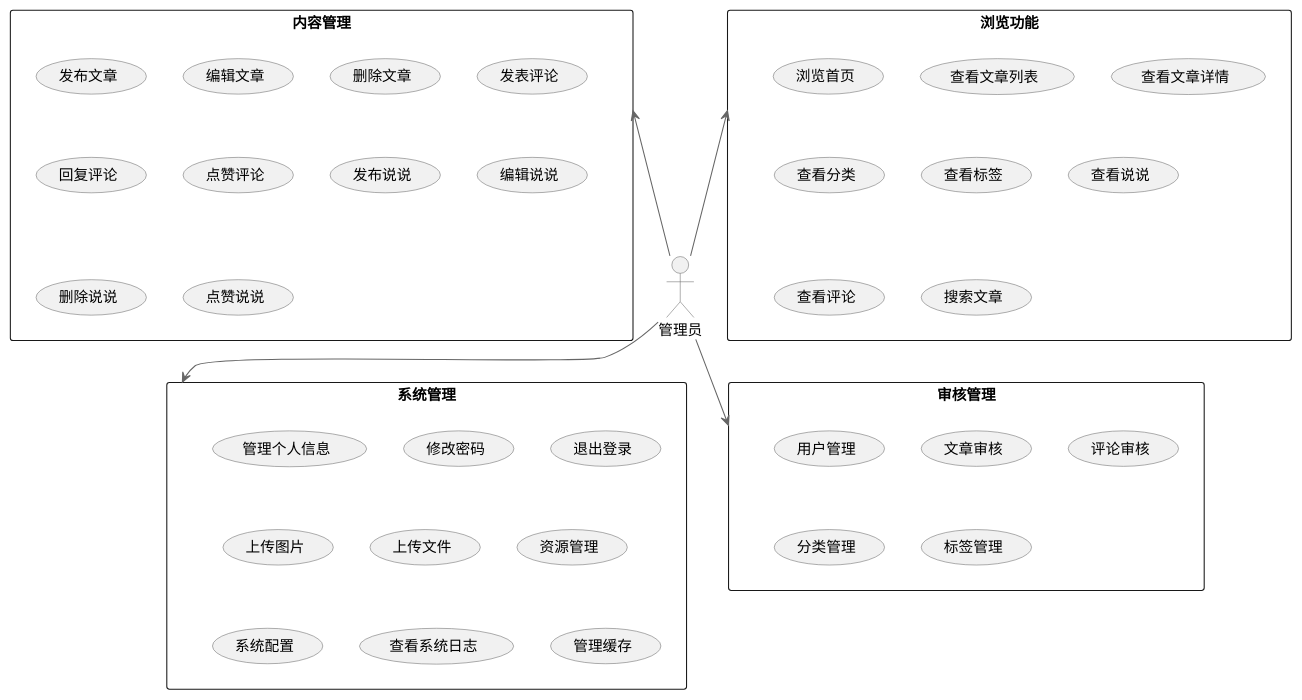
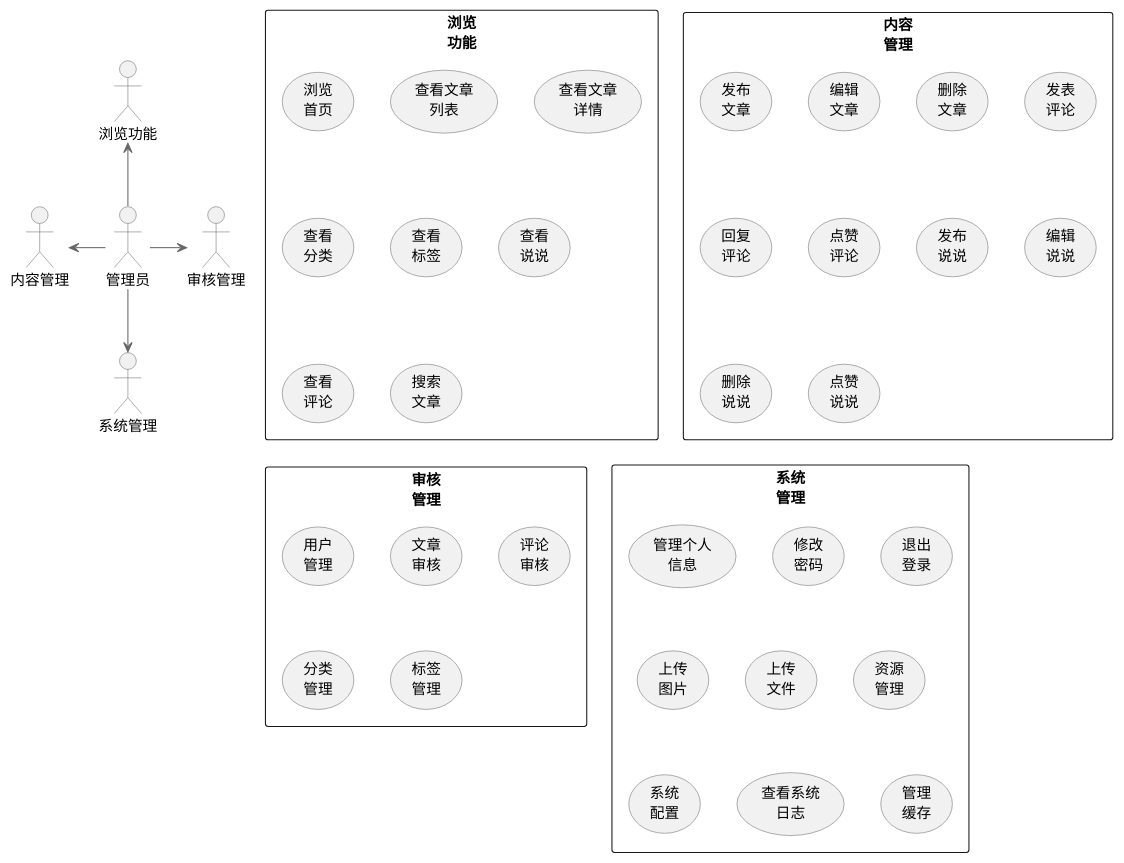
Before and after one commit to yello-rush/-springvue-: the third of 3 diagrams in 系统分析.md, drawn with PlantUML. The commit also changed other lines of this file and 1 other file, not shown here.

Commit message:
feat: 项目代码总结分析

````diff
--- a/系统分析.md
+++ b/系统分析.md
@@ -261,74 +261,74 @@
 ```plantuml
 @startuml
 
 ' 管理员功能用例图
 
 skinparam backgroundColor white
 skinparam handwritten false
 skinparam shadowing false
 skinparam packageStyle rectangle
 skinparam arrowColor #666666
 skinparam usecaseBorderColor #666666
 skinparam actorBorderColor #666666
 
 ' 角色居中
 actor "管理员" as Admin
 
 ' 功能模块围绕四周 - 使用包组织相关功能
 
 ' 上方：浏览功能
-package "浏览功能" {
-    usecase "浏览首页" as BrowseHome
-    usecase "查看文章列表" as ViewArticleList
-    usecase "查看文章详情" as ViewArticleDetail
-    usecase "查看分类" as ViewCategories
-    usecase "查看标签" as ViewTags
-    usecase "查看说说" as ViewMoments
-    usecase "查看评论" as ViewComments
-    usecase "搜索文章" as SearchArticles
+package "浏览\n功能" {
+    usecase "浏览\n首页" as BrowseHome
+    usecase "查看文章\n列表" as ViewArticleList
+    usecase "查看文章\n详情" as ViewArticleDetail
+    usecase "查看\n分类" as ViewCategories
+    usecase "查看\n标签" as ViewTags
+    usecase "查看\n说说" as ViewMoments
+    usecase "查看\n评论" as ViewComments
+    usecase "搜索\n文章" as SearchArticles
 }
 
 ' 左侧：内容管理
-package "内容管理" {
-    usecase "发布文章" as PublishArticle
-    usecase "编辑文章" as EditArticle
-    usecase "删除文章" as DeleteArticle
-    usecase "发表评论" as PostComment
-    usecase "回复评论" as ReplyComment
-    usecase "点赞评论" as LikeComment
-    usecase "发布说说" as PublishMoment
-    usecase "编辑说说" as EditMoment
-    usecase "删除说说" as DeleteMoment
-    usecase "点赞说说" as LikeMoment
+package "内容\n管理" {
+    usecase "发布\n文章" as PublishArticle
+    usecase "编辑\n文章" as EditArticle
+    usecase "删除\n文章" as DeleteArticle
+    usecase "发表\n评论" as PostComment
+    usecase "回复\n评论" as ReplyComment
+    usecase "点赞\n评论" as LikeComment
+    usecase "发布\n说说" as PublishMoment
+    usecase "编辑\n说说" as EditMoment
+    usecase "删除\n说说" as DeleteMoment
+    usecase "点赞\n说说" as LikeMoment
 }
 
 ' 右侧：审核管理
-package "审核管理" {
-    usecase "用户管理" as UserManagement
-    usecase "文章审核" as ArticleApproval
-    usecase "评论审核" as CommentApproval
-    usecase "分类管理" as CategoryManagement
-    usecase "标签管理" as TagManagement
+package "审核\n管理" {
+    usecase "用户\n管理" as UserManagement
+    usecase "文章\n审核" as ArticleApproval
+    usecase "评论\n审核" as CommentApproval
+    usecase "分类\n管理" as CategoryManagement
+    usecase "标签\n管理" as TagManagement
 }
 
 ' 下方：系统管理
-package "系统管理" {
-    usecase "管理个人信息" as ManageProfile
-    usecase "修改密码" as ChangePassword
-    usecase "退出登录" as Logout
-    usecase "上传图片" as UploadImage
-    usecase "上传文件" as UploadFile
-    usecase "资源管理" as ResourceManagement
-    usecase "系统配置" as SystemConfig
-    usecase "查看系统日志" as ViewSystemLogs
-    usecase "管理缓存" as ManageCache
+package "系统\n管理" {
+    usecase "管理个人\n信息" as ManageProfile
+    usecase "修改\n密码" as ChangePassword
+    usecase "退出\n登录" as Logout
+    usecase "上传\n图片" as UploadImage
+    usecase "上传\n文件" as UploadFile
+    usecase "资源\n管理" as ResourceManagement
+    usecase "系统\n配置" as SystemConfig
+    usecase "查看系统\n日志" as ViewSystemLogs
+    usecase "管理\n缓存" as ManageCache
 }
 
 ' 连接角色与包，使用方向箭头控制位置
 Admin -up-> "浏览功能"
 Admin -left-> "内容管理"
 Admin -right-> "审核管理"
 Admin -down-> "系统管理"
 
 @enduml
 ```
````
